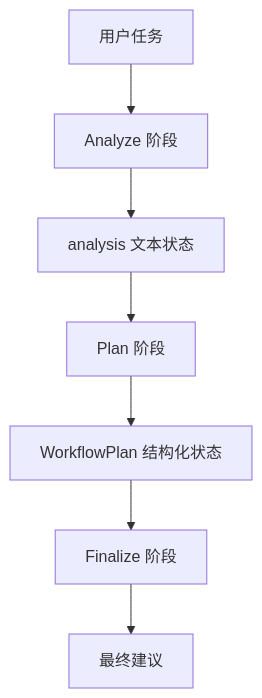
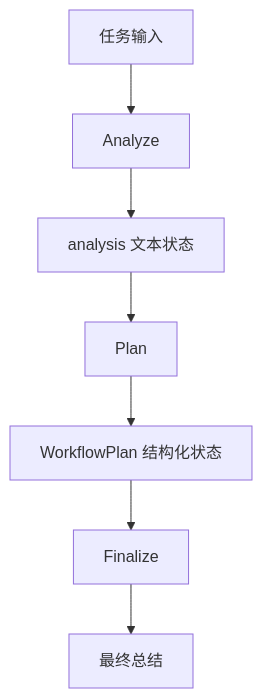
The second of 2 diagrams in ai-lab/ai-learn/agent-lab/projects/workflow_agent/README.md (kurekako2017/vscode_study), drawn with Mermaid before and after one commit. The commit also changed other lines of this file and 3 other files, not shown here.

````diff
--- a/ai-lab/ai-learn/agent-lab/projects/workflow_agent/README.md
+++ b/ai-lab/ai-learn/agent-lab/projects/workflow_agent/README.md
@@ -150,9 +184,9 @@
 ```mermaid
 graph TD
-    A[用户任务] --> B[Analyze 阶段]
+    A[任务输入] --> B[Analyze]
     B --> C[analysis 文本状态]
-    C --> D[Plan 阶段]
+    C --> D[Plan]
     D --> E[WorkflowPlan 结构化状态]
-    E --> F[Finalize 阶段]
-    F --> G[最终建议]
+    E --> F[Finalize]
+    F --> G[最终总结]
 ```
````
